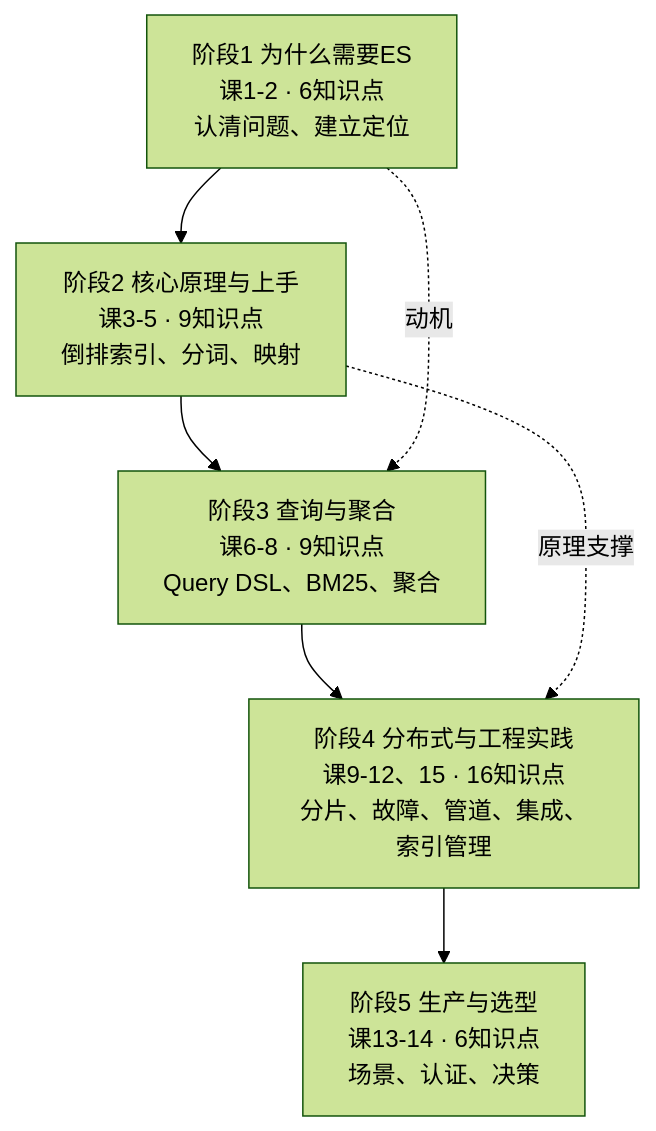
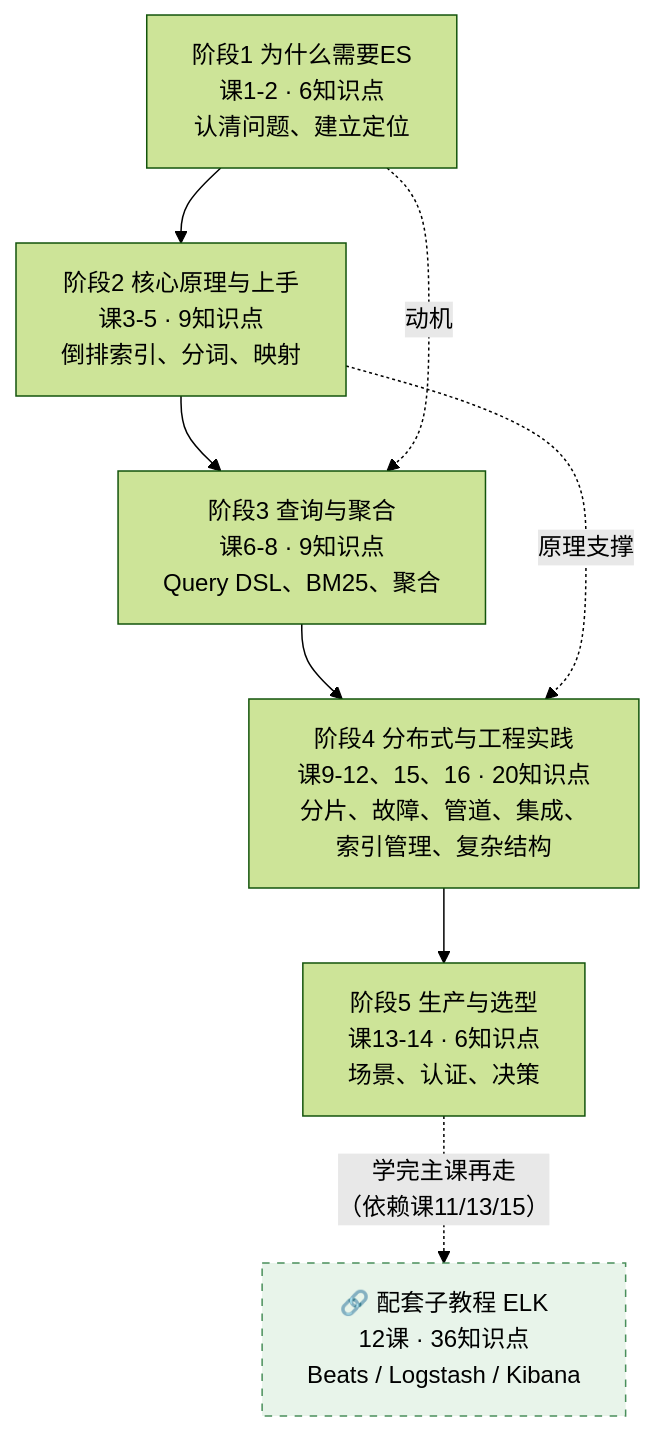
One commit to HACK-WU/learning changed the diagram in elasticsearch/01-学习路径总览.md. Above: the diagram before and after it, drawn with Mermaid (forest theme). The commit also changed other lines of this file and 19 other files, not shown here.

````diff
--- a/elasticsearch/01-学习路径总览.md
+++ b/elasticsearch/01-学习路径总览.md
@@ -26,13 +27,17 @@
 ```mermaid
 flowchart TD
     S1["阶段1 为什么需要ES<br/>课1-2 · 6知识点<br/>认清问题、建立定位"]
     S2["阶段2 核心原理与上手<br/>课3-5 · 9知识点<br/>倒排索引、分词、映射"]
     S3["阶段3 查询与聚合<br/>课6-8 · 9知识点<br/>Query DSL、BM25、聚合"]
-    S4["阶段4 分布式与工程实践<br/>课9-12、15 · 16知识点<br/>分片、故障、管道、集成、索引管理"]
+    S4["阶段4 分布式与工程实践<br/>课9-12、15、16 · 20知识点<br/>分片、故障、管道、集成、索引管理、复杂结构"]
     S5["阶段5 生产与选型<br/>课13-14 · 6知识点<br/>场景、认证、决策"]
+    S6["🔗 配套子教程 ELK<br/>12课 · 36知识点<br/>Beats / Logstash / Kibana"]
 
     S1 --> S2 --> S3 --> S4 --> S5
+    S5 -.->|"学完主课再走<br/>（依赖课11/13/15）"| S6
 
     S1 -.->|"动机"| S3
     S2 -.->|"原理支撑"| S4
+
+    style S6 fill:#e8f4ea,stroke:#4a8f5b,stroke-dasharray: 5 5
 ```
````
